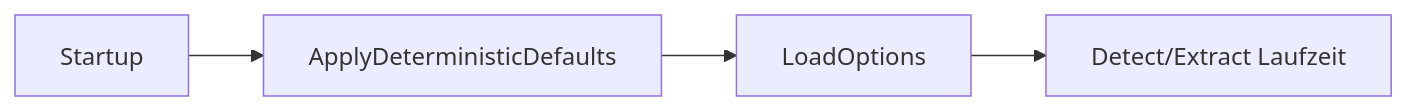
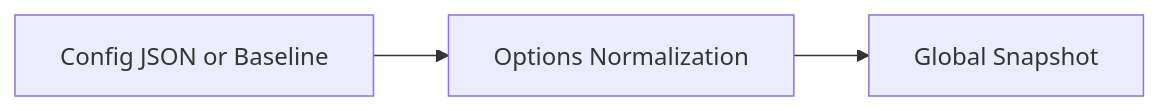
Before and after one commit to tomtastisch/FileClassifier: the diagram in src/FileTypeDetection/Configuration/README.md, drawn with Mermaid. The commit also changed other lines of this file and 53 other files, not shown here.

````diff
--- a/src/FileTypeDetection/Configuration/README.md
+++ b/src/FileTypeDetection/Configuration/README.md
@@ -34,6 +18,5 @@
 ```mermaid
 flowchart LR
-    A[Startup] --> B[ApplyDeterministicDefaults]
-    B --> C[LoadOptions]
-    C --> D[Detect/Extract Laufzeit]
+    A[Config JSON or Baseline] --> B[Options Normalization]
+    B --> C[Global Snapshot]
 ```
````
